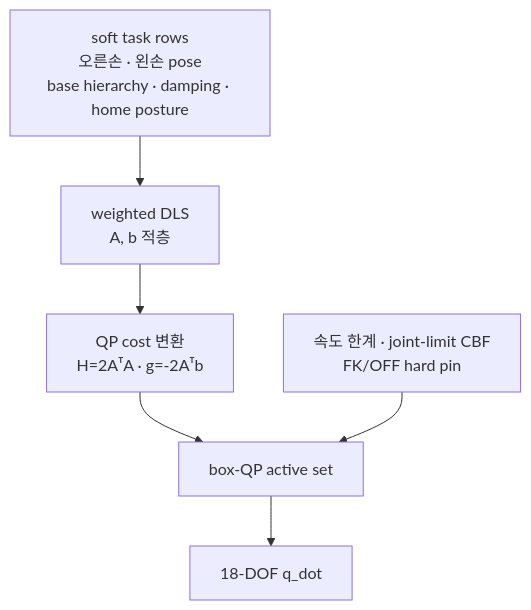
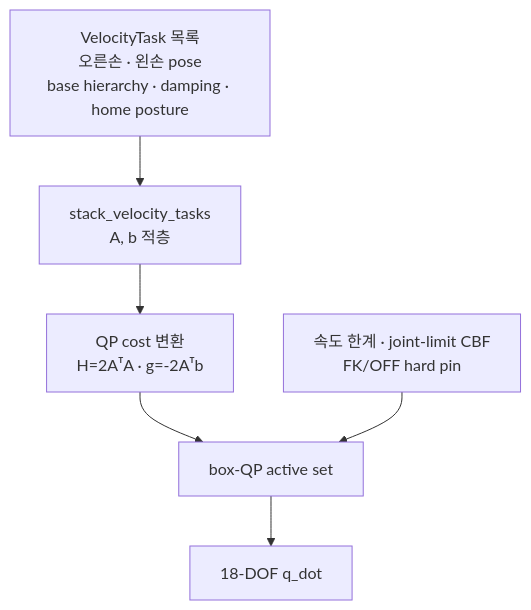
Before and after one commit to Geonhee-LEE/aiworker-mj-lab: the first of 5 diagrams in docs/guide/whole_body_ik.md, drawn with Mermaid. The commit also changed other lines of this file and 45 other files, not shown here.

````diff
--- a/docs/guide/whole_body_ik.md
+++ b/docs/guide/whole_body_ik.md
@@ -409,8 +413,8 @@
 ```mermaid
 flowchart TD
-    TASKS["soft task rows<br>오른손 · 왼손 pose<br>base hierarchy · damping · home posture"] --> STACK["weighted DLS<br>A, b 적층"]
+    TASKS["VelocityTask 목록<br>오른손 · 왼손 pose<br>base hierarchy · damping · home posture"] --> STACK["stack_velocity_tasks<br>A, b 적층"]
     STACK --> COST["QP cost 변환<br>H=2AᵀA · g=-2Aᵀb"]
     COST --> QP["box-QP active set"]
     BOUNDS["속도 한계 · joint-limit CBF<br>FK/OFF hard pin"] --> QP
     QP --> QDOT["18-DOF q_dot"]
 ```
````
